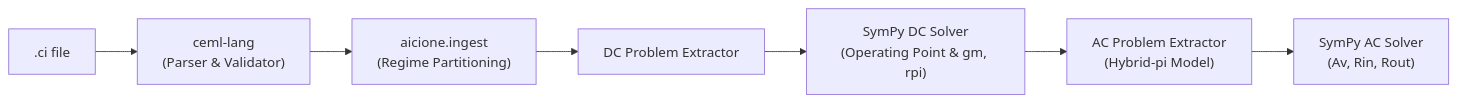
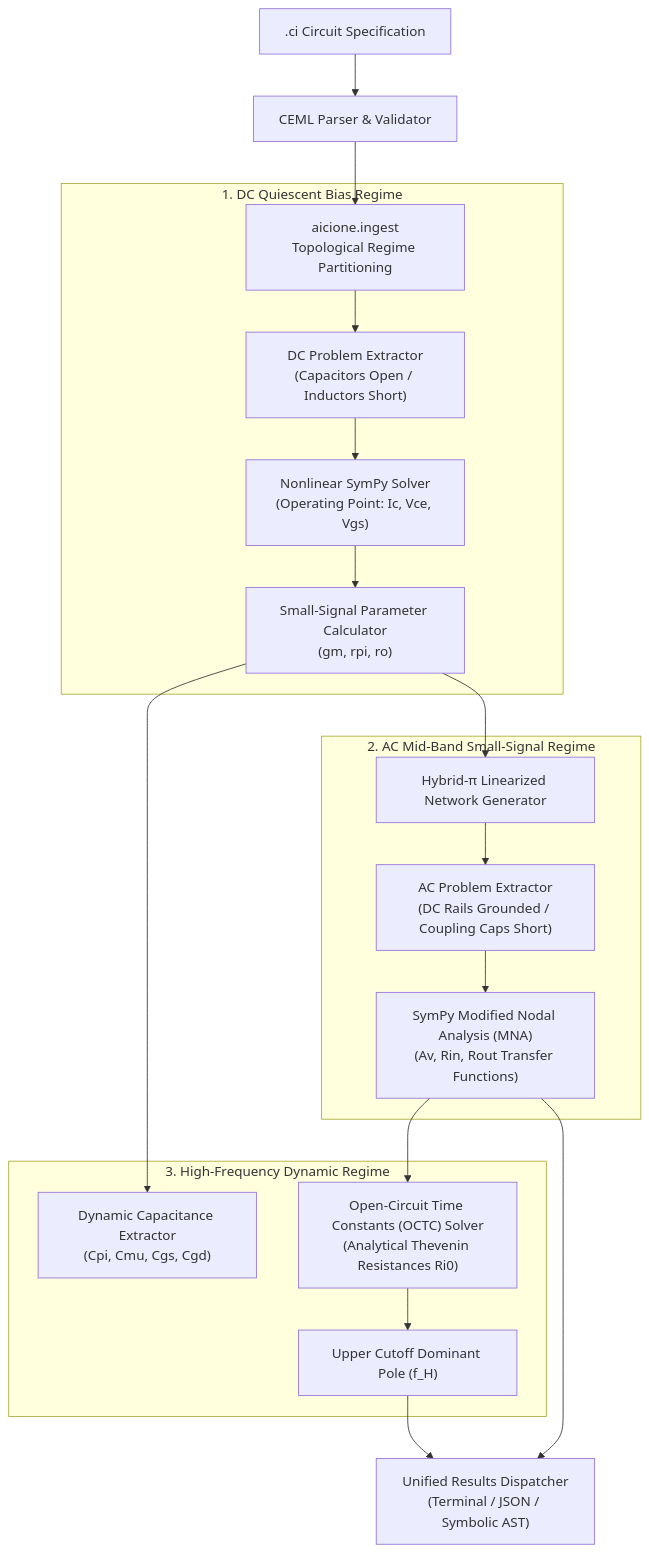
One commit to aicione/aicione changed the diagram in README.md. Above: the diagram before and after it, drawn with Mermaid. The commit also changed other lines of this file, not shown here.

````diff
--- a/README.md
+++ b/README.md
@@ -11,9 +11,26 @@
 ```mermaid
-flowchart LR
-    A[".ci file"] --> B["ceml-lang<br>(Parser & Validator)"]
-    B --> C["aicione.ingest<br>(Regime Partitioning)"]
-    C --> D["DC Problem Extractor"]
-    D --> E["SymPy DC Solver<br>(Operating Point & gm, rpi)"]
-    E --> F["AC Problem Extractor<br>(Hybrid-pi Model)"]
-    F --> G["SymPy AC Solver<br>(Av, Rin, Rout)"]
+flowchart TD
+    A[".ci Circuit Specification"] --> B["CEML Parser & Validator"]
+    B --> C["aicione.ingest<br>Topological Regime Partitioning"]
+    
+    subgraph DC ["1. DC Quiescent Bias Regime"]
+        C --> D["DC Problem Extractor<br>(Capacitors Open / Inductors Short)"]
+        D --> E["Nonlinear SymPy Solver<br>(Operating Point: Ic, Vce, Vgs)"]
+        E --> F["Small-Signal Parameter Calculator<br>(gm, rpi, ro)"]
+    end
+    
+    subgraph AC ["2. AC Mid-Band Small-Signal Regime"]
+        F --> G["Hybrid-π Linearized Network Generator"]
+        G --> H["AC Problem Extractor<br>(DC Rails Grounded / Coupling Caps Short)"]
+        H --> I["SymPy Modified Nodal Analysis (MNA)<br>(Av, Rin, Rout Transfer Functions)"]
+    end
+
+    subgraph HF ["3. High-Frequency Dynamic Regime"]
+        F --> J["Dynamic Capacitance Extractor<br>(Cpi, Cmu, Cgs, Cgd)"]
+        I --> K["Open-Circuit Time Constants (OCTC) Solver<br>(Analytical Thevenin Resistances Ri0)"]
+        K --> L["Upper Cutoff Dominant Pole (f_H)"]
+    end
+
+    I --> M["Unified Results Dispatcher<br>(Terminal / JSON / Symbolic AST)"]
+    L --> M
 ```
````
